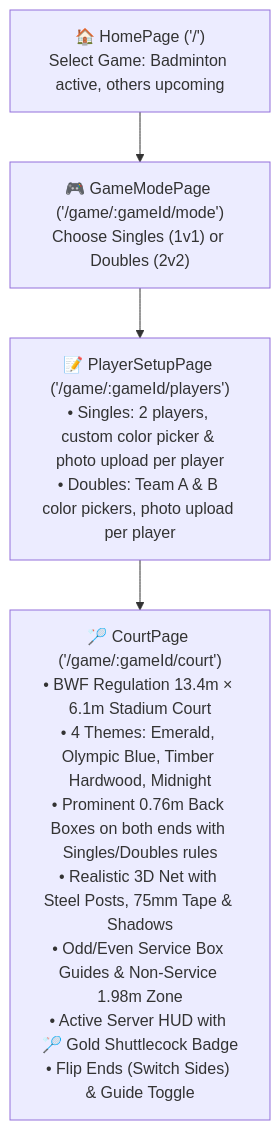
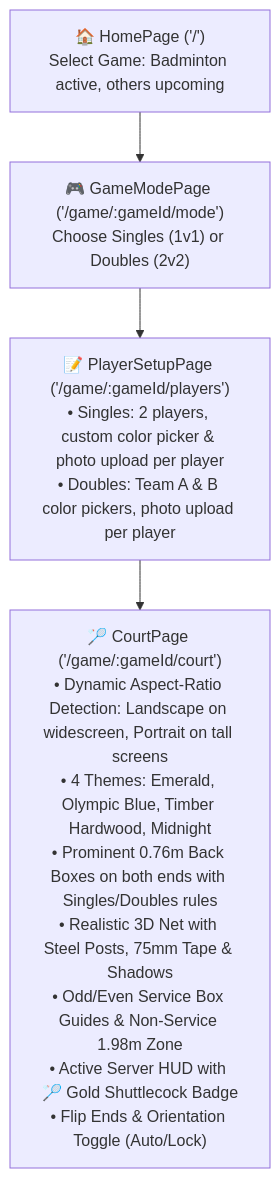
The diagram in PROJECT_STATUS.md (Pradeep-elangovan/Shuttle-score), drawn with Mermaid before and after one commit. The commit also changed other lines of this file and 3 other files, not shown here.

Commit message:
Support responsive court orientation: Landscape on widescreen/desktop, Portrait on tall screens

````diff
--- a/PROJECT_STATUS.md
+++ b/PROJECT_STATUS.md
@@ -30,6 +30,6 @@
 ```mermaid
 flowchart TD
     A["🏠 HomePage ('/')\nSelect Game: Badminton active, others upcoming"] --> B["🎮 GameModePage ('/game/:gameId/mode')\nChoose Singles (1v1) or Doubles (2v2)"]
     B --> C["📝 PlayerSetupPage ('/game/:gameId/players')\n• Singles: 2 players, custom color picker & photo upload per player\n• Doubles: Team A & B color pickers, photo upload per player"]
-    C --> D["🏸 CourtPage ('/game/:gameId/court')\n• BWF Regulation 13.4m × 6.1m Stadium Court\n• 4 Themes: Emerald, Olympic Blue, Timber Hardwood, Midnight\n• Prominent 0.76m Back Boxes on both ends with Singles/Doubles rules\n• Realistic 3D Net with Steel Posts, 75mm Tape & Shadows\n• Odd/Even Service Box Guides & Non-Service 1.98m Zone\n• Active Server HUD with 🏸 Gold Shuttlecock Badge\n• Flip Ends (Switch Sides) & Guide Toggle"]
+    C --> D["🏸 CourtPage ('/game/:gameId/court')\n• Dynamic Aspect-Ratio Detection: Landscape on widescreen, Portrait on tall screens\n• 4 Themes: Emerald, Olympic Blue, Timber Hardwood, Midnight\n• Prominent 0.76m Back Boxes on both ends with Singles/Doubles rules\n• Realistic 3D Net with Steel Posts, 75mm Tape & Shadows\n• Odd/Even Service Box Guides & Non-Service 1.98m Zone\n• Active Server HUD with 🏸 Gold Shuttlecock Badge\n• Flip Ends & Orientation Toggle (Auto/Lock)"]
 ```
````
